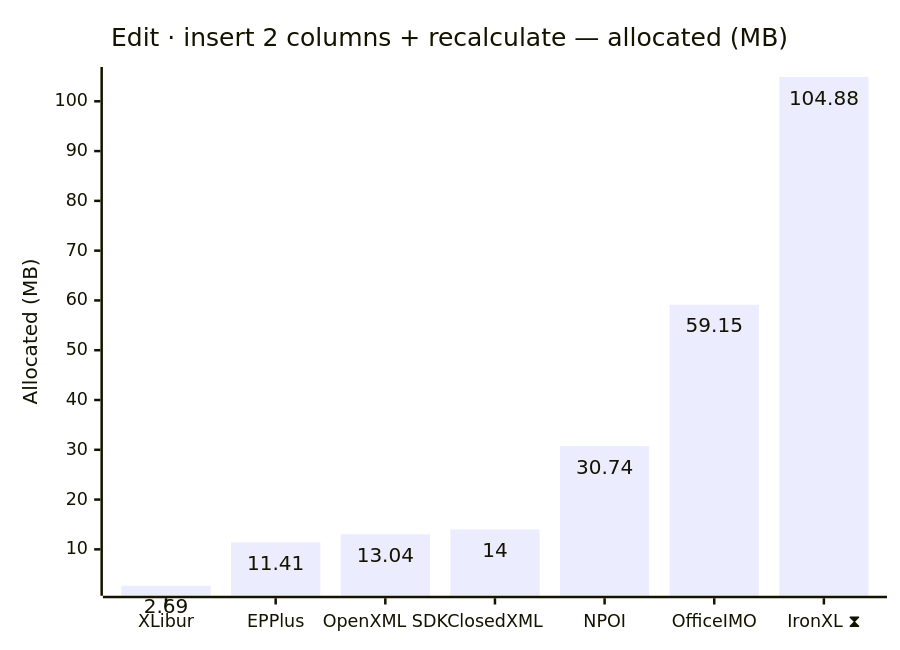
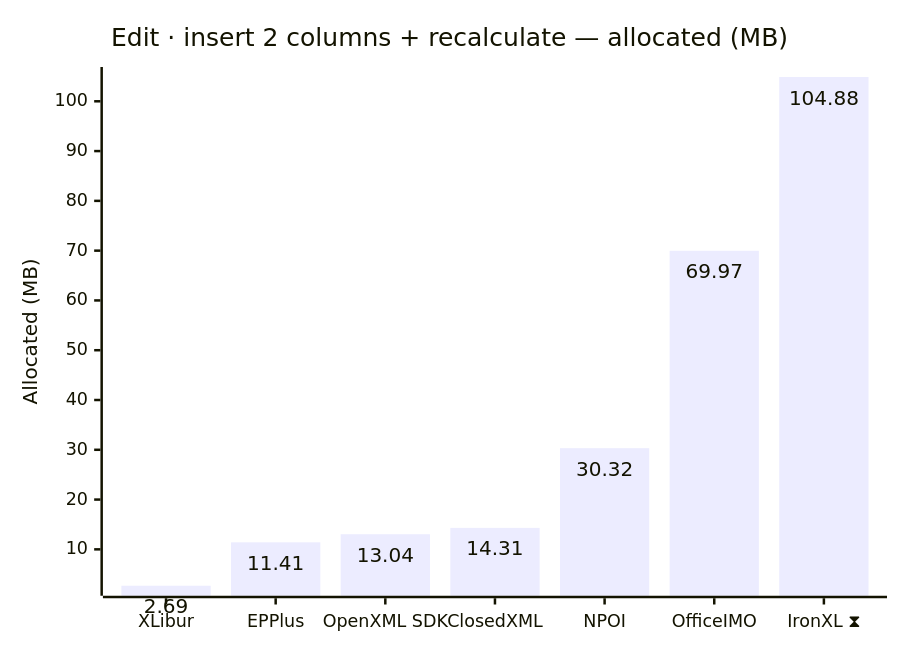
One commit to jafin/XLBench changed diagram 14 of 18 in docs/results-ci.md. Above: the diagram before and after it, drawn with Mermaid. The commit also changed other lines of this file, not shown here.

````diff
--- a/docs/results-ci.md
+++ b/docs/results-ci.md
@@ -212,12 +212,12 @@
 ```mermaid
 ---
 config:
   xyChart:
     showDataLabel: true
 ---
 xychart-beta
     title "Edit · insert 2 columns + recalculate — allocated (MB)"
     x-axis ["XLibur", "EPPlus", "OpenXML SDK", "ClosedXML", "NPOI", "OfficeIMO", "IronXL ⧗"]
     y-axis "Allocated (MB)"
-    bar [2.69, 11.41, 13.04, 14, 30.74, 59.15, 104.88]
+    bar [2.69, 11.41, 13.04, 14.31, 30.32, 69.97, 104.88]
 ```
````
